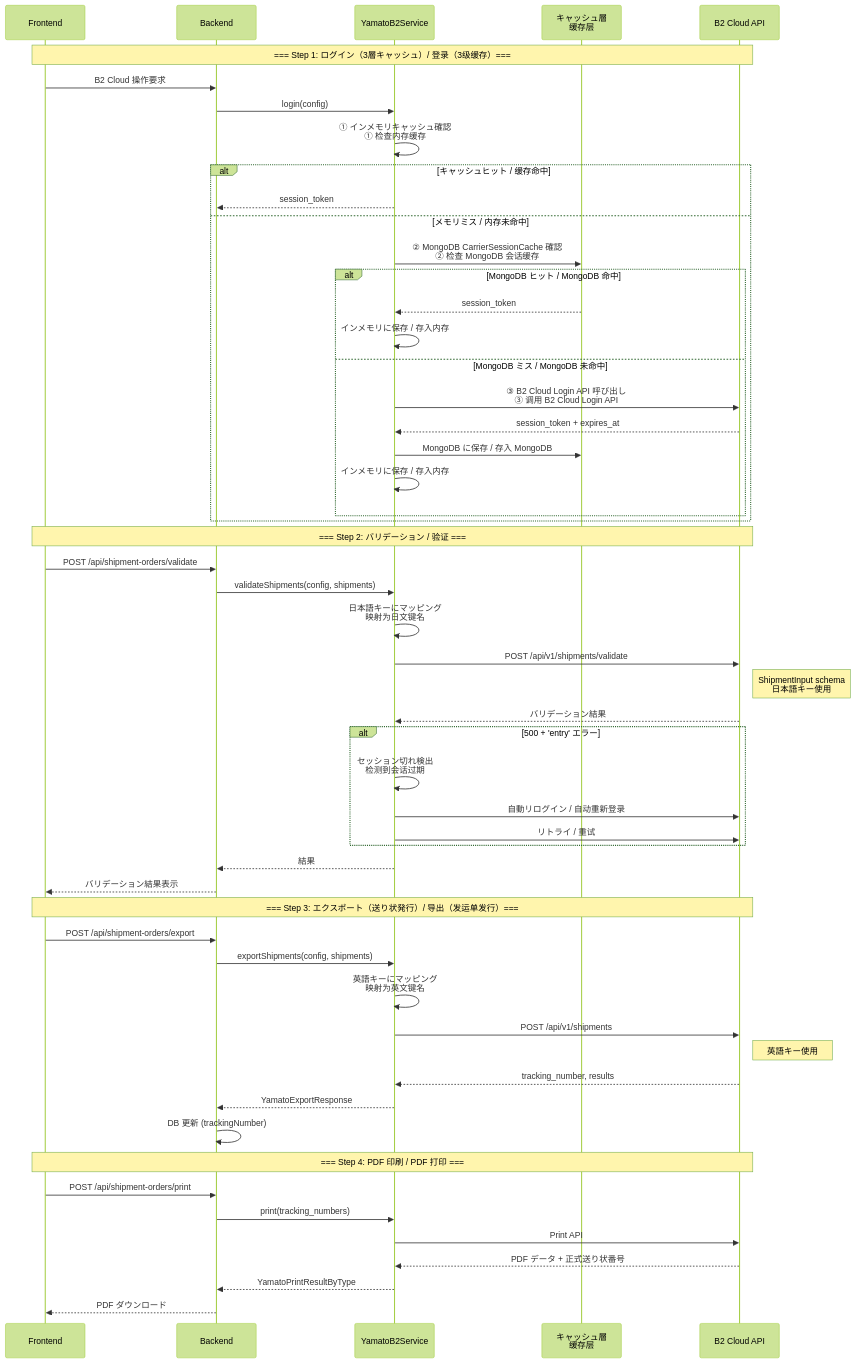
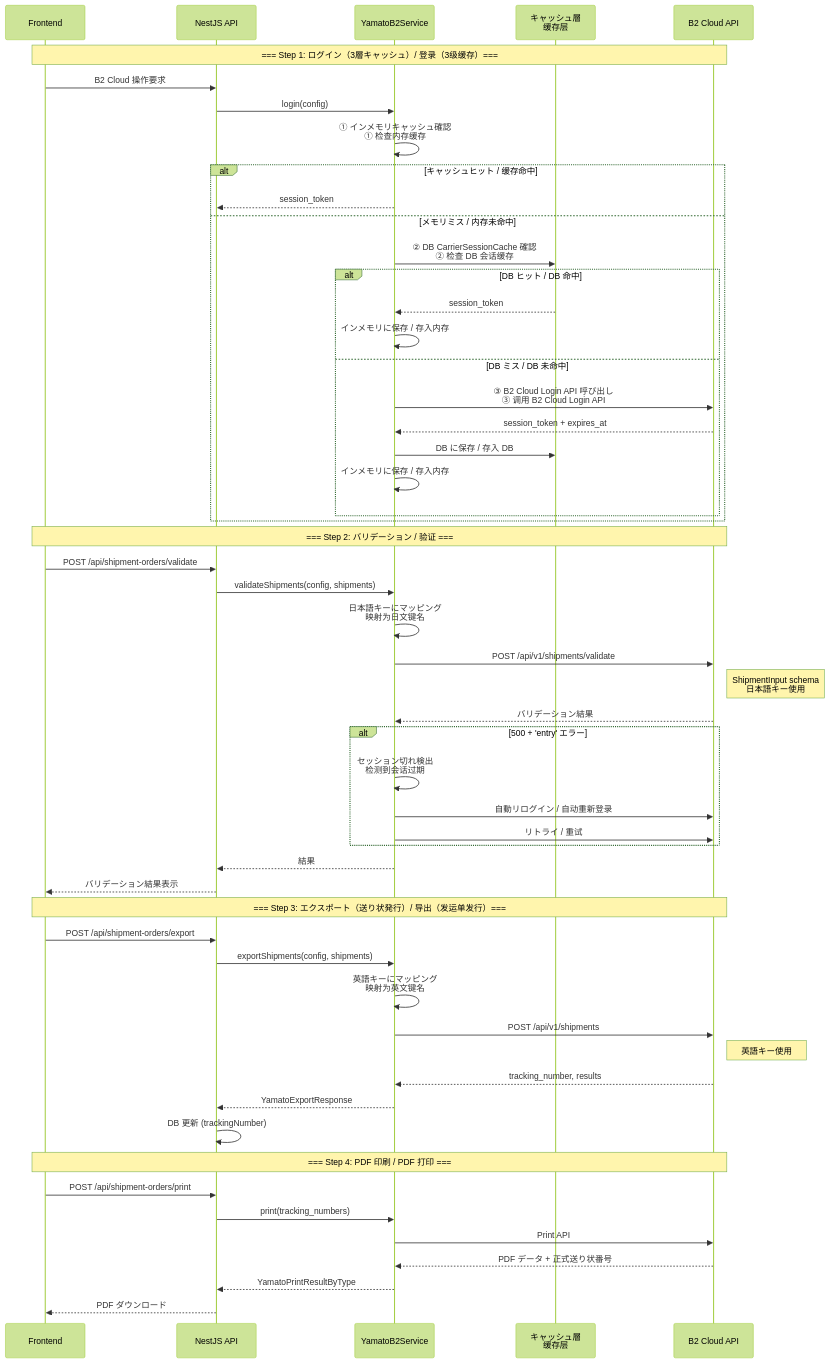
Before and after one commit to chinkin666/ZELIXWMS: diagram 12 of 12 in docs/design/01-business-flow.md, drawn with Mermaid (forest theme). The commit also changed other lines of this file and 18 other files, not shown here.

````diff
--- a/docs/design/01-business-flow.md
+++ b/docs/design/01-business-flow.md
@@ -521,64 +521,64 @@
 ```mermaid
 sequenceDiagram
     participant FE as Frontend
-    participant API as Backend
+    participant API as NestJS API
     participant B2S as YamatoB2Service
     participant CACHE as キャッシュ層<br>缓存层
     participant B2 as B2 Cloud API
 
     Note over FE,B2: === Step 1: ログイン（3層キャッシュ）/ 登录（3级缓存）===
 
     FE->>API: B2 Cloud 操作要求
     API->>B2S: login(config)
     B2S->>B2S: ① インメモリキャッシュ確認<br>① 检查内存缓存
     alt キャッシュヒット / 缓存命中
         B2S-->>API: session_token
     else メモリミス / 内存未命中
-        B2S->>CACHE: ② MongoDB CarrierSessionCache 確認<br>② 检查 MongoDB 会话缓存
-        alt MongoDB ヒット / MongoDB 命中
+        B2S->>CACHE: ② DB CarrierSessionCache 確認<br>② 检查 DB 会话缓存
+        alt DB ヒット / DB 命中
             CACHE-->>B2S: session_token
             B2S->>B2S: インメモリに保存 / 存入内存
-        else MongoDB ミス / MongoDB 未命中
+        else DB ミス / DB 未命中
             B2S->>B2: ③ B2 Cloud Login API 呼び出し<br>③ 调用 B2 Cloud Login API
             B2-->>B2S: session_token + expires_at
-            B2S->>CACHE: MongoDB に保存 / 存入 MongoDB
+            B2S->>CACHE: DB に保存 / 存入 DB
             B2S->>B2S: インメモリに保存 / 存入内存
         end
     end
 
     Note over FE,B2: === Step 2: バリデーション / 验证 ===
 
     FE->>API: POST /api/shipment-orders/validate
     API->>B2S: validateShipments(config, shipments)
     B2S->>B2S: 日本語キーにマッピング<br>映射为日文键名
     B2S->>B2: POST /api/v1/shipments/validate
     Note right of B2: ShipmentInput schema<br>日本語キー使用
     B2-->>B2S: バリデーション結果
     alt 500 + 'entry' エラー
         B2S->>B2S: セッション切れ検出<br>检测到会话过期
         B2S->>B2: 自動リログイン / 自动重新登录
         B2S->>B2: リトライ / 重试
     end
     B2S-->>API: 結果
     API-->>FE: バリデーション結果表示
 
     Note over FE,B2: === Step 3: エクスポート（送り状発行）/ 导出（发运单发行）===
 
     FE->>API: POST /api/shipment-orders/export
     API->>B2S: exportShipments(config, shipments)
     B2S->>B2S: 英語キーにマッピング<br>映射为英文键名
     B2S->>B2: POST /api/v1/shipments
     Note right of B2: 英語キー使用
     B2-->>B2S: tracking_number, results
     B2S-->>API: YamatoExportResponse
     API->>API: DB 更新 (trackingNumber)
 
     Note over FE,B2: === Step 4: PDF 印刷 / PDF 打印 ===
 
     FE->>API: POST /api/shipment-orders/print
     API->>B2S: print(tracking_numbers)
     B2S->>B2: Print API
     B2-->>B2S: PDF データ + 正式送り状番号
     B2S-->>API: YamatoPrintResultByType
     API-->>FE: PDF ダウンロード
 ```
````
